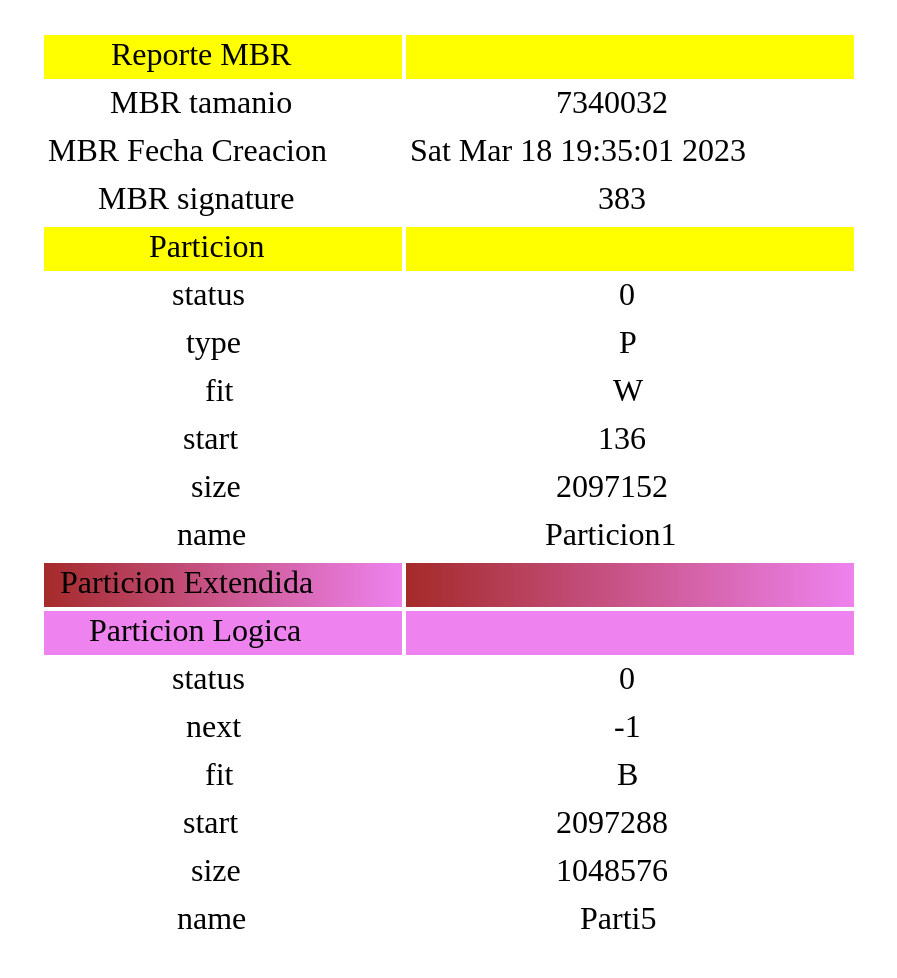
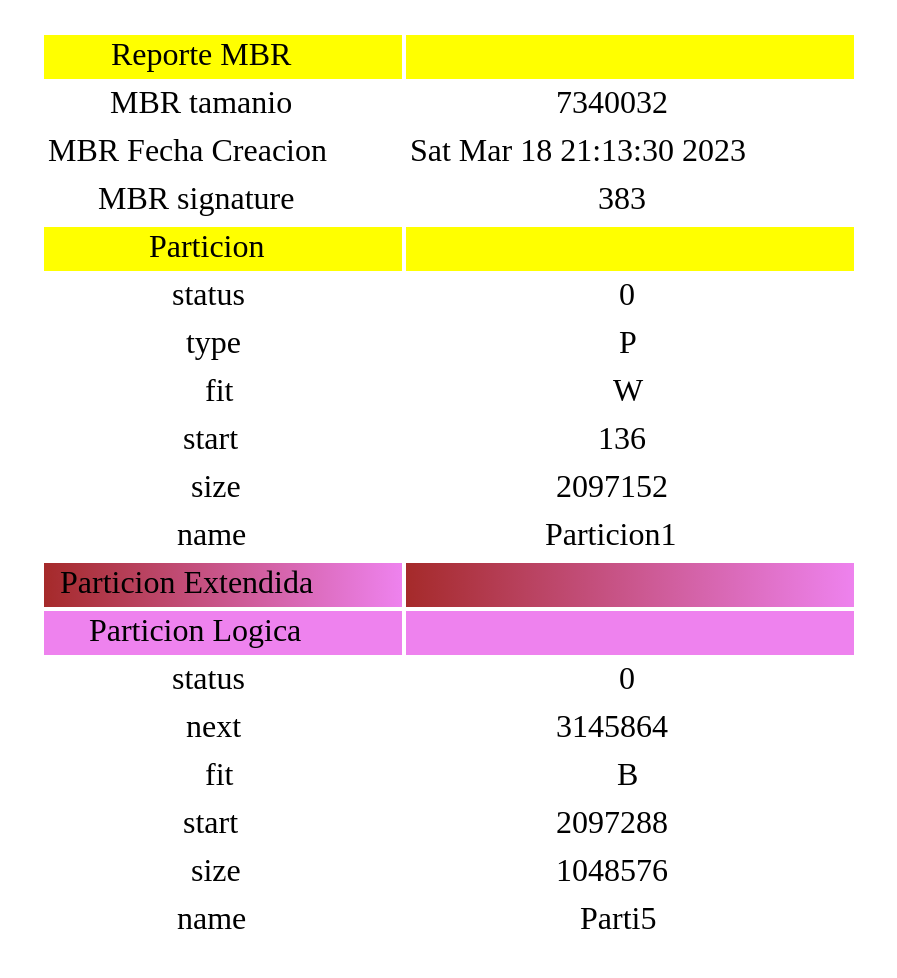
One commit to JoseMore99/-MIA-Proyecto1_201701015 changed the diagram in Report.dot. Above: the diagram before and after it, drawn with Graphviz. The commit also changed 20 other files, not shown here.

```diff
--- a/Report.dot
+++ b/Report.dot
@@ -1,77 +1,77 @@
 digraph g {
 graph [];
 node [
 fontsize = "16"
 shape = "record"
 ];
 edge [];
  a0 [shape=none label=<<TABLE border="0">
 <TR><TD bgcolor="yellow">Reporte MBR</TD>
 <TD bgcolor="yellow"></TD></TR>
 <TR><TD>MBR tamanio</TD>
 <TD>
 7340032
 </TD></TR>
 <TR><TD>MBR Fecha Creacion</TD>
 <TD>
-Sat Mar 18 19:35:01 2023
+Sat Mar 18 21:13:30 2023
 
 </TD></TR>
 <TR><TD>MBR signature</TD>
 <TD>
 383
 </TD></TR>
 <TR><TD bgcolor="yellow">Particion</TD>
 <TD bgcolor="yellow"></TD></TR>
 <TR><TD>status</TD>
 <TD>
 0
 </TD></TR>
 <TR><TD>type</TD>
 <TD>
 P
 </TD></TR>
 <TR><TD>fit</TD>
 <TD>
 W
 </TD></TR>
 <TR><TD>start</TD>
 <TD>
 136
 </TD></TR>
 <TR><TD>size</TD>
 <TD>
 2097152
 </TD></TR>
 <TR><TD>name</TD>
 <TD>
 Particion1
 </TD></TR>
 <TR><TD bgcolor="brown:violet">Particion Extendida</TD><TD bgcolor="brown:violet"></TD></TR><TR><TD bgcolor="violet">Particion Logica</TD>
 <TD bgcolor="violet"></TD></TR>
 <TR><TD>status</TD>
 <TD>
 0
 </TD></TR>
 <TR><TD>next</TD>
 <TD>
--1
+3145864
 </TD></TR>
 <TR><TD>fit</TD>
 <TD>
 B
 </TD></TR>
 <TR><TD>start</TD>
 <TD>
 2097288
 </TD></TR>
 <TR><TD>size</TD>
 <TD>
 1048576
 </TD></TR>
 <TR><TD>name</TD>
 <TD>
 Parti5
 </TD></TR>
  </TABLE>>];
 }
```
